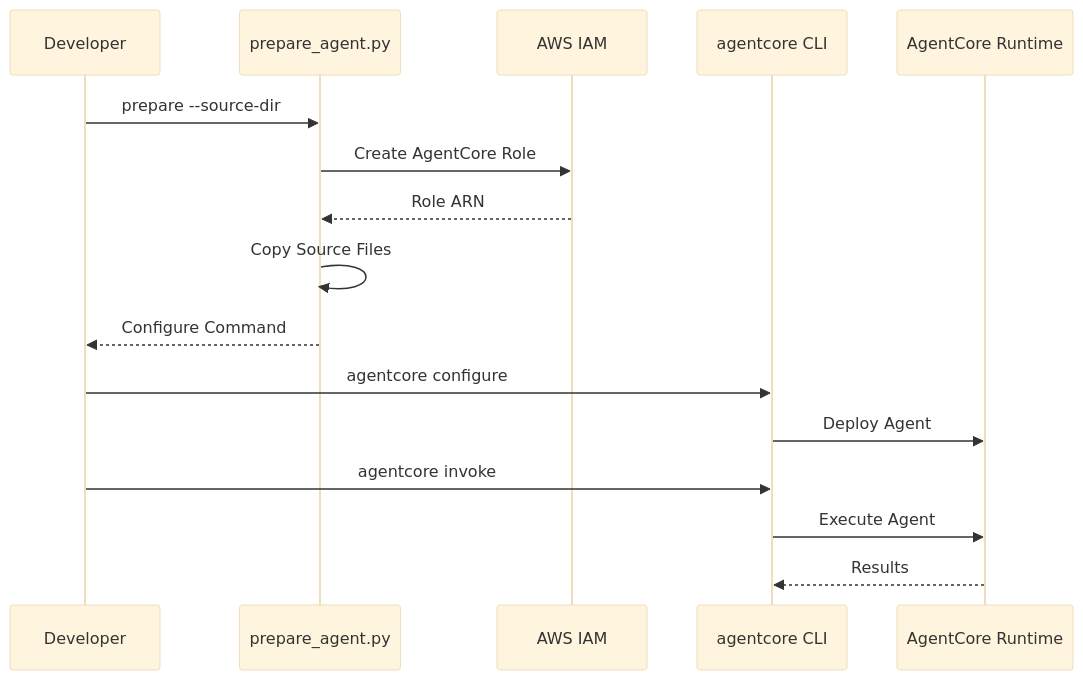
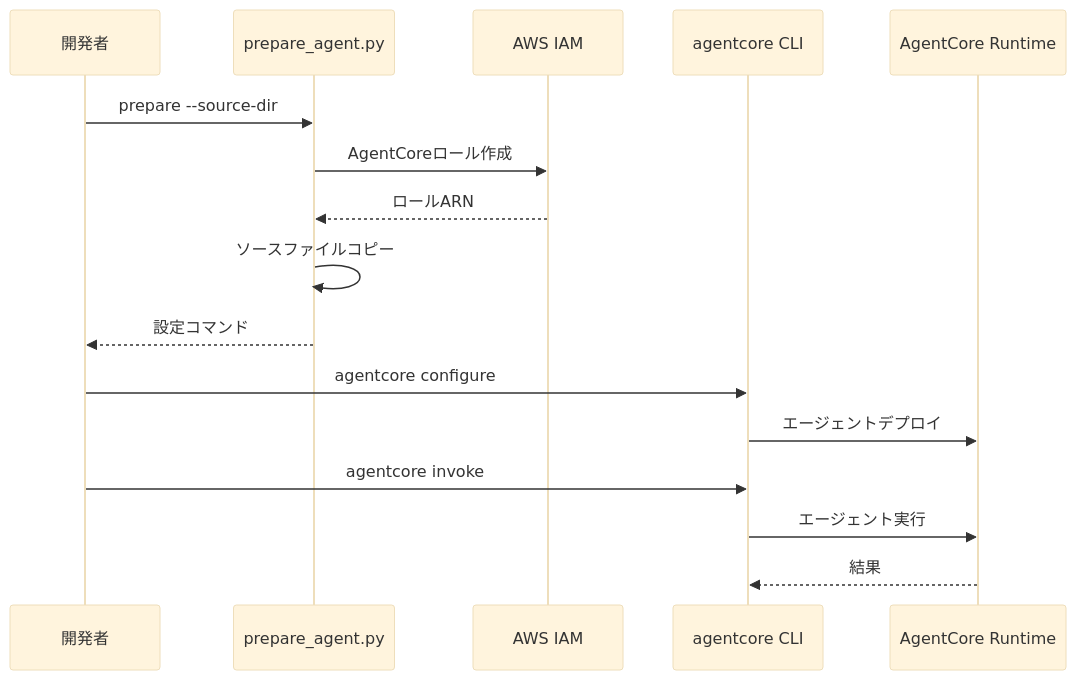
One commit to tetsuo-nobe/sample-amazon-bedrock-agentcore-onboarding-jp changed the diagram in 02_runtime/README.md. Above: the diagram before and after it, drawn with Mermaid (base theme). The commit also changed other lines of this file and 6 other files, not shown here.

````diff
--- a/02_runtime/README.md
+++ b/02_runtime/README.md
@@ -9,19 +7,19 @@
 ```mermaid
 sequenceDiagram
-    participant Dev as Developer
+    participant Dev as 開発者
     participant Prep as prepare_agent.py
     participant IAM as AWS IAM
     participant CLI as agentcore CLI
     participant Runtime as AgentCore Runtime
 
     Dev->>Prep: prepare --source-dir
-    Prep->>IAM: Create AgentCore Role
-    IAM-->>Prep: Role ARN
-    Prep->>Prep: Copy Source Files
-    Prep-->>Dev: Configure Command
+    Prep->>IAM: AgentCoreロール作成
+    IAM-->>Prep: ロールARN
+    Prep->>Prep: ソースファイルコピー
+    Prep-->>Dev: 設定コマンド
     Dev->>CLI: agentcore configure
-    CLI->>Runtime: Deploy Agent
+    CLI->>Runtime: エージェントデプロイ
     Dev->>CLI: agentcore invoke
-    CLI->>Runtime: Execute Agent
-    Runtime-->>CLI: Results
+    CLI->>Runtime: エージェント実行
+    Runtime-->>CLI: 結果
 ```
````
